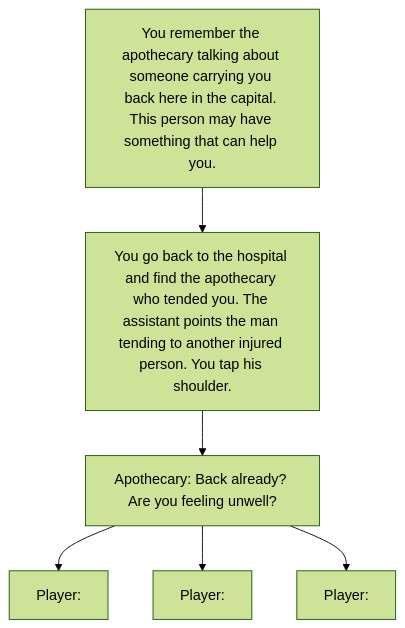
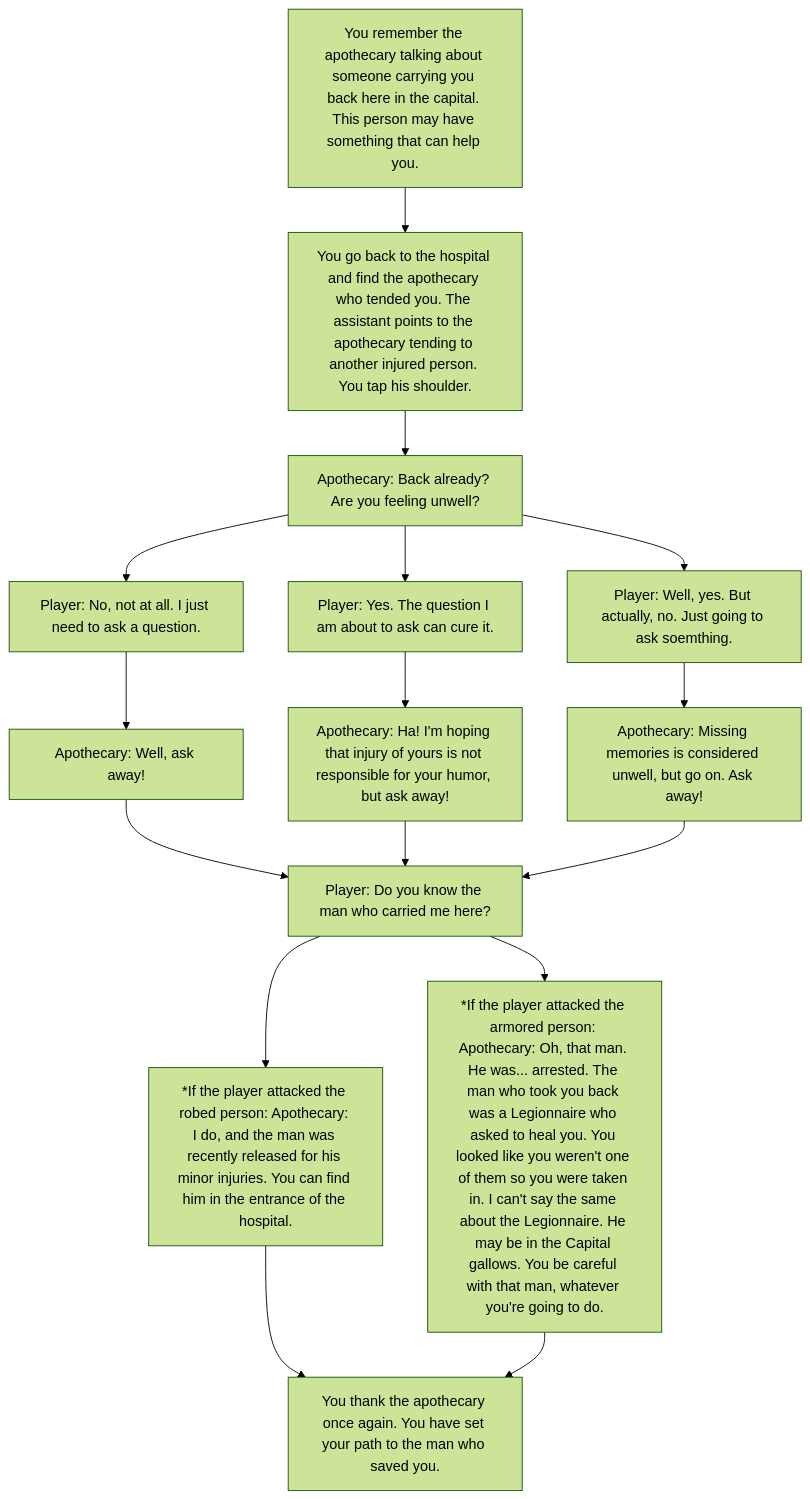
Before and after one commit to padillaryl/cc3-rpg-DialogueTree: the diagram in Q2-Apothecary.md, drawn with Mermaid (forest theme).

````diff
--- a/Q2-Apothecary.md
+++ b/Q2-Apothecary.md
@@ -1,11 +1,21 @@
 ```mermaid
 flowchart TD
   A[You remember the apothecary talking about someone carrying you back here in the capital. This person may have something that can help you.]
-  A --> B[You go back to the hospital and find the apothecary who tended you. The assistant points the man tending to another injured person. You tap his shoulder.]
+  A --> B[You go back to the hospital and find the apothecary who tended you. The assistant points to the apothecary tending to another injured person. You tap his shoulder.]
   B --> C[Apothecary: Back already? Are you feeling unwell?]
 
-  C --> D[Player: ]
-  C --> E[Player: ]
-  C --> F[Player: ]
+  C --> D[Player: No, not at all. I just need to ask a question.]
+  C --> E[Player: Yes. The question I am about to ask can cure it.]
+  C --> F[Player: Well, yes. But actually, no. Just going to ask soemthing.]
+
+  D --> G[Apothecary: Well, ask away!]
+  E --> H[Apothecary: Ha! I'm hoping that injury of yours is not responsible for your humor, but ask away!]
+  F --> I[Apothecary: Missing memories is considered unwell, but go on. Ask away!]
+
+  G & H & I --> J[Player: Do you know the man who carried me here?]
+  J --> K[*If the player attacked the robed person: Apothecary: I do, and the man was recently released for his minor injuries. You can find him in the entrance of the hospital.]
+  J --> L[*If the player attacked the armored person: Apothecary: Oh, that man. He was... arrested. The man who took you back was a Legionnaire who asked to heal you. You looked like you weren't one of them so you were taken in. I can't say the same about the Legionnaire. He may be in the Capital gallows. You be careful with that man, whatever you're going to do.]
+
+  K & L --> M[You thank the apothecary once again. You have set your path to the man who saved you.]
 
 ```
````
